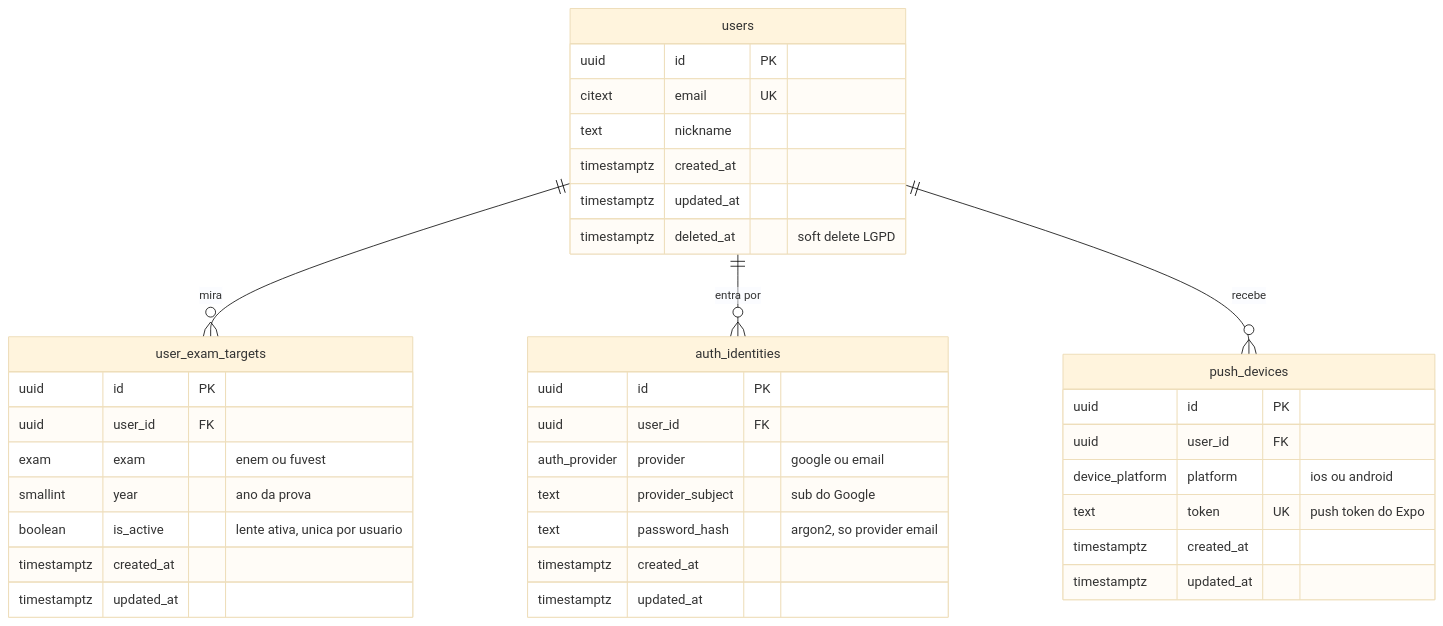
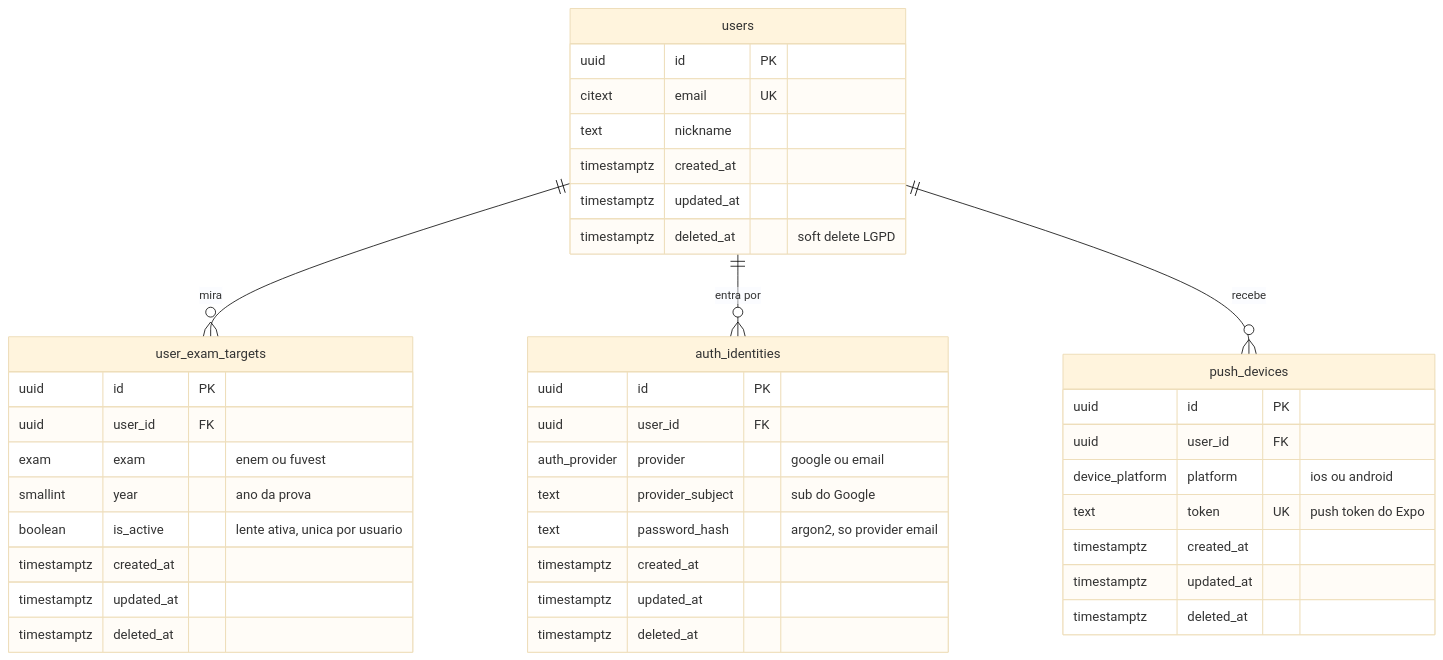
The second of 5 diagrams in docs/DER.md (kaualimadesouza/argumenta-api), drawn with Mermaid (base theme) before and after one commit. The commit also changed other lines of this file, not shown here.

Commit message:
docs: DER v0.5 - universal soft delete, partial uniques on deleted_at

````diff
--- a/docs/DER.md
+++ b/docs/DER.md
@@ -56,40 +62,43 @@
 ```mermaid
 erDiagram
   users {
     uuid id PK
     citext email UK
     text nickname
     timestamptz created_at
     timestamptz updated_at
     timestamptz deleted_at "soft delete LGPD"
   }
   user_exam_targets {
     uuid id PK
     uuid user_id FK
     exam exam "enem ou fuvest"
     smallint year "ano da prova"
     boolean is_active "lente ativa, unica por usuario"
     timestamptz created_at
     timestamptz updated_at
+    timestamptz deleted_at
   }
   auth_identities {
     uuid id PK
     uuid user_id FK
     auth_provider provider "google ou email"
     text provider_subject "sub do Google"
     text password_hash "argon2, so provider email"
     timestamptz created_at
     timestamptz updated_at
+    timestamptz deleted_at
   }
   push_devices {
     uuid id PK
     uuid user_id FK
     device_platform platform "ios ou android"
     text token UK "push token do Expo"
     timestamptz created_at
     timestamptz updated_at
+    timestamptz deleted_at
   }
   users ||--o{ user_exam_targets : "mira"
   users ||--o{ auth_identities : "entra por"
   users ||--o{ push_devices : "recebe"
 ```
````
